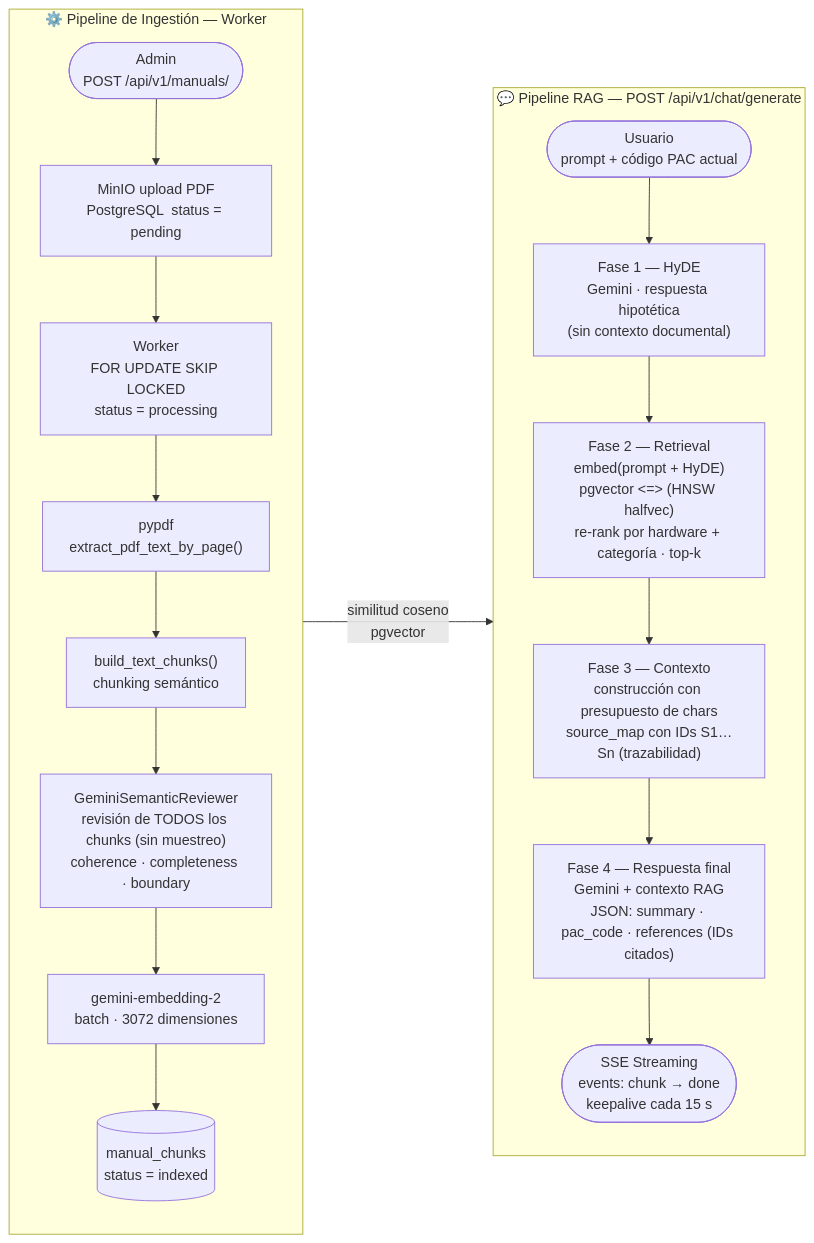
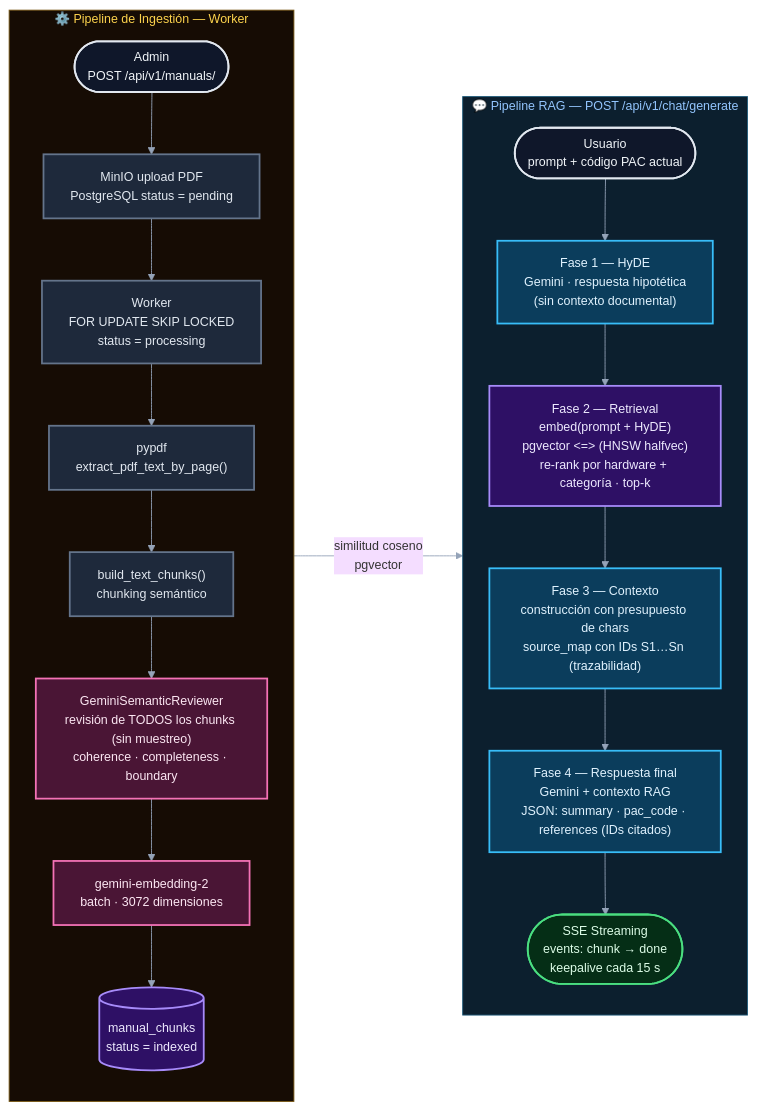
The second of 2 diagrams in README.md (soviedos/rc7_programming_assistant), drawn with Mermaid before and after one commit. The commit also changed other lines of this file and 1 other file, not shown here.

Commit message:
docs(architecture): stylize Mermaid diagrams (theme + per-component palette)
- ARCHITECTURE.md (8 diagrams) and README.md (2 diagrams) restyled with an
  %%{init}%% theme, classDef color palette by component, subgraph styling and
  autonumber on the sequence diagrams. Content unchanged.
- Fix a latent parse bug: &lt;=&gt; breaks sequenceDiagram messages (replaced by
  plain text); align two labels with reality (reviewer uses the SDK, not REST).
- Validated with mermaid@11 parser: 10/10 diagrams parse OK.

````diff
--- a/README.md
+++ b/README.md
@@ -59,30 +73,40 @@
 ```mermaid
+%%{init: {'theme':'base','themeVariables':{'fontFamily':'ui-sans-serif, system-ui','fontSize':'14px','lineColor':'#94a3b8'},'flowchart':{'curve':'basis','nodeSpacing':40,'rankSpacing':45}}}%%
 flowchart LR
     subgraph Ingest["⚙️  Pipeline de Ingestión  —  Worker"]
         direction TB
-        I1(["Admin\nPOST /api/v1/manuals/"])
-        I2["MinIO upload PDF\nPostgreSQL  status = pending"]
-        I3["Worker\nFOR UPDATE SKIP LOCKED\nstatus = processing"]
-        I4["pypdf\nextract_pdf_text_by_page()"]
-        I5["build_text_chunks()\nchunking semántico"]
-        I6["GeminiSemanticReviewer\nrevisión de TODOS los chunks (sin muestreo)\ncoherence · completeness · boundary"]
-        I7["gemini-embedding-2\nbatch · 3072 dimensiones"]
-        I8[("manual_chunks\nstatus = indexed")]
+        I1(["Admin\nPOST /api/v1/manuals/"]):::io
+        I2["MinIO upload PDF\nPostgreSQL  status = pending"]:::process
+        I3["Worker\nFOR UPDATE SKIP LOCKED\nstatus = processing"]:::process
+        I4["pypdf\nextract_pdf_text_by_page()"]:::process
+        I5["build_text_chunks()\nchunking semántico"]:::process
+        I6["GeminiSemanticReviewer\nrevisión de TODOS los chunks (sin muestreo)\ncoherence · completeness · boundary"]:::gemini
+        I7["gemini-embedding-2\nbatch · 3072 dimensiones"]:::gemini
+        I8[("manual_chunks\nstatus = indexed")]:::data
 
         I1 --> I2 --> I3 --> I4 --> I5 --> I6 --> I7 --> I8
     end
 
     subgraph RAG["💬  Pipeline RAG  —  POST /api/v1/chat/generate"]
         direction TB
-        R1(["Usuario\nprompt + código PAC actual"])
-        R2["Fase 1 — HyDE\nGemini · respuesta hipotética\n(sin contexto documental)"]
-        R3["Fase 2 — Retrieval\nembed(prompt + HyDE)\npgvector &lt;=&gt; (HNSW halfvec)\nre-rank por hardware + categoría · top-k"]
-        R4["Fase 3 — Contexto\nconstrucción con presupuesto de chars\nsource_map con IDs S1…Sn (trazabilidad)"]
-        R5["Fase 4 — Respuesta final\nGemini + contexto RAG\nJSON: summary · pac_code · references (IDs citados)"]
-        R6(["SSE Streaming\nevents: chunk → done\nkeepalive cada 15 s"])
+        R1(["Usuario\nprompt + código PAC actual"]):::io
+        R2["Fase 1 — HyDE\nGemini · respuesta hipotética\n(sin contexto documental)"]:::phase
+        R3["Fase 2 — Retrieval\nembed(prompt + HyDE)\npgvector &lt;=&gt; (HNSW halfvec)\nre-rank por hardware + categoría · top-k"]:::data
+        R4["Fase 3 — Contexto\nconstrucción con presupuesto de chars\nsource_map con IDs S1…Sn (trazabilidad)"]:::phase
+        R5["Fase 4 — Respuesta final\nGemini + contexto RAG\nJSON: summary · pac_code · references (IDs citados)"]:::phase
+        R6(["SSE Streaming\nevents: chunk → done\nkeepalive cada 15 s"]):::ok
 
         R1 --> R2 --> R3 --> R4 --> R5 --> R6
     end
 
     I8 --->|"similitud coseno\npgvector"| R3
+
+    classDef io fill:#0f172a,stroke:#e2e8f0,stroke-width:2px,color:#f1f5f9
+    classDef process fill:#1e293b,stroke:#64748b,stroke-width:2px,color:#e2e8f0
+    classDef gemini fill:#4a1535,stroke:#f472b6,stroke-width:2px,color:#fce7f3
+    classDef data fill:#2e1065,stroke:#a78bfa,stroke-width:2px,color:#ede9fe
+    classDef phase fill:#0b3d5c,stroke:#38bdf8,stroke-width:2px,color:#e0f2fe
+    classDef ok fill:#052e16,stroke:#4ade80,stroke-width:2px,color:#dcfce7
+    style Ingest fill:#160c04,stroke:#7a5a16,color:#fcd34d
+    style RAG fill:#0c1f2e,stroke:#1e5a7a,color:#93c5fd
 ```
````
